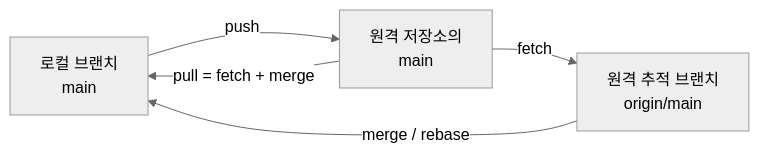
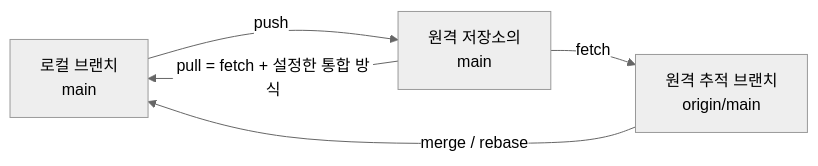
The seventh of 11 diagrams in git.md (Rein-ArXiv/game-dev-curriculum), drawn with Mermaid (neutral theme) before and after one commit. The commit also changed other lines of this file and 231 other files, not shown here.

````diff
--- a/git.md
+++ b/git.md
@@ -295,7 +295,7 @@
 ```mermaid
 flowchart LR
     Local[로컬 브랜치<br/>main] -->|push| Remote[원격 저장소의<br/>main]
     Remote -->|fetch| Tracking[원격 추적 브랜치<br/>origin/main]
     Tracking -->|merge / rebase| Local
-    Remote -->|pull = fetch + merge| Local
+    Remote -->|pull = fetch + 설정한 통합 방식| Local
 ```
````
